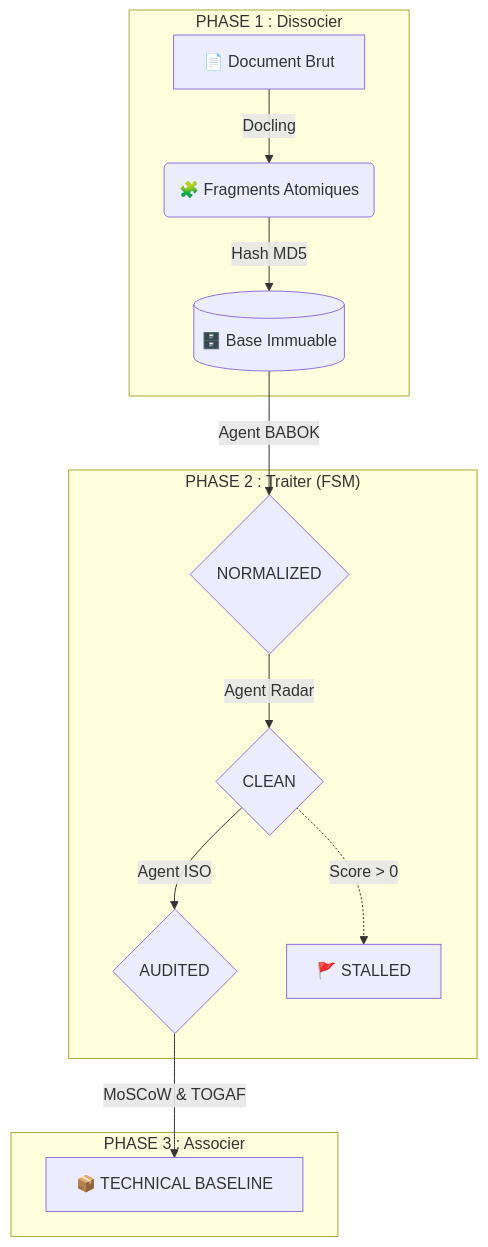
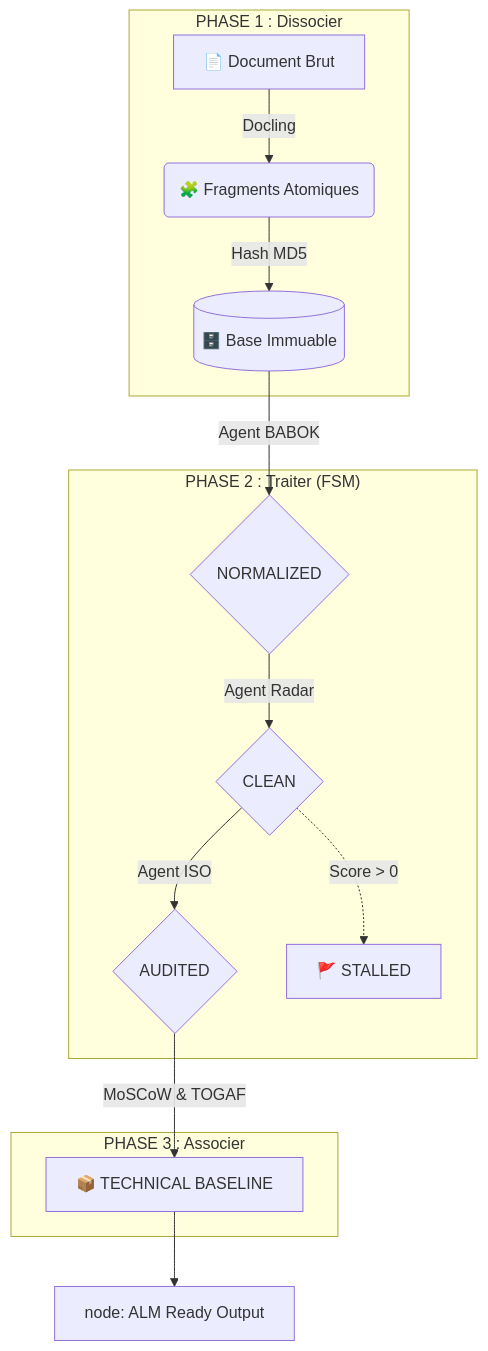
The diagram in ARCHITECTURE.md (RodMan121/rfp-analyse-ia), drawn with Mermaid before and after one commit. The commit also changed other lines of this file and 1 other file, not shown here.

Commit message:
feat: achèvement de l'usine FSM avec le noeud de sortie Technical Baseline (ALM Ready) et certification immuable

````diff
--- a/ARCHITECTURE.md
+++ b/ARCHITECTURE.md
@@ -11,18 +11,20 @@
 ```mermaid
 graph TD
     subgraph "PHASE 1 : Dissocier"
         A[📄 Document Brut] -->|Docling| B(🧩 Fragments Atomiques)
         B -->|Hash MD5| C[(🗄️ Base Immuable)]
     end
     
     subgraph "PHASE 2 : Traiter (FSM)"
         C -->|Agent BABOK| D{NORMALIZED}
         D -->|Agent Radar| E{CLEAN}
         E -->|Agent ISO| F{AUDITED}
         E -.->|Score > 0| G[🚩 STALLED]
     end
     
     subgraph "PHASE 3 : Associer"
         F -->|MoSCoW & TOGAF| H[📦 TECHNICAL BASELINE]
     end
+    
+    H --> I[node: ALM Ready Output]
 ```
````
